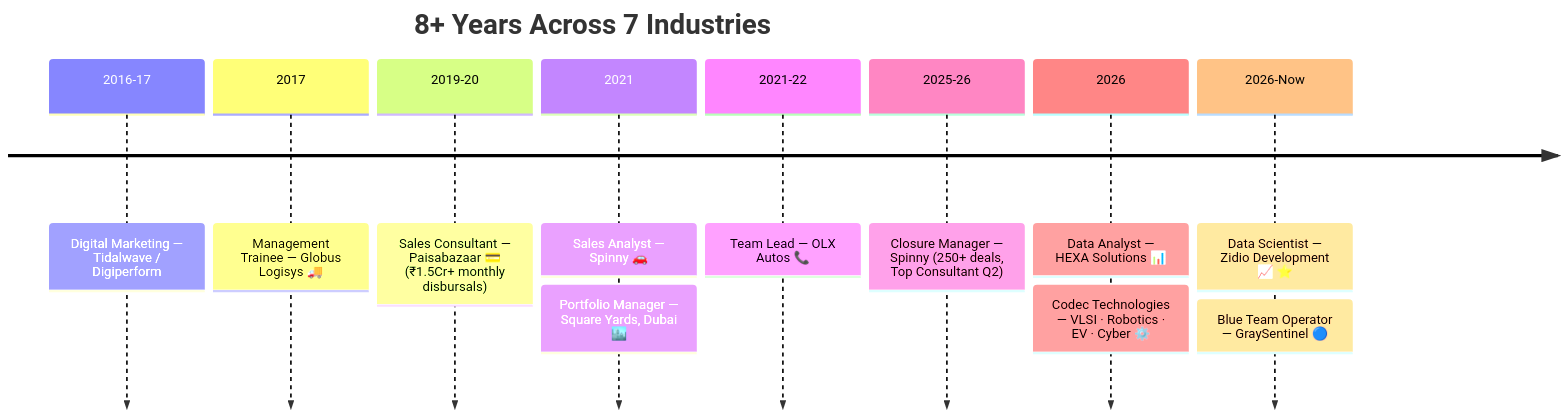
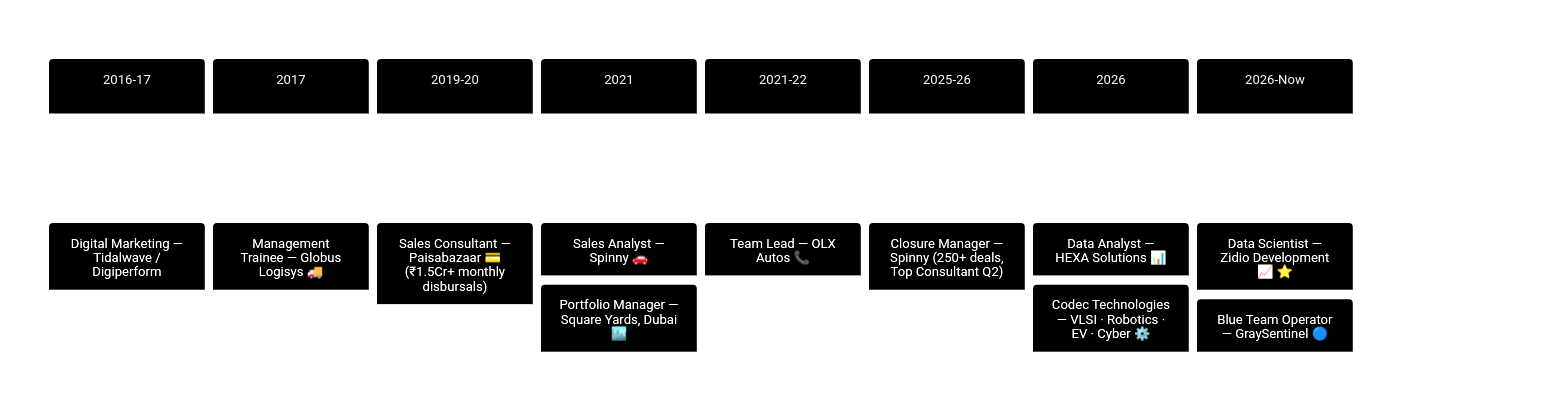
Before and after one commit to Eswar5313/Eswar5313: the diagram in README_Dashboard.md, drawn with Mermaid. The commit also changed other lines of this file, not shown here.

````diff
--- a/README_Dashboard.md
+++ b/README_Dashboard.md
@@ -172,12 +217,13 @@
 ```mermaid
+%%{init: {'theme':'base','themeVariables':{'primaryColor':'#222222','primaryTextColor':'#FFFFFF','primaryBorderColor':'#FFFFFF','lineColor':'#FFFFFF','secondaryColor':'#000000','tertiaryColor':'#1A1A1A','fontFamily':'Georgia, serif'}}}%%
 timeline
     title 8+ Years Across 7 Industries
     2016-17 : Digital Marketing — Tidalwave / Digiperform
     2017 : Management Trainee — Globus Logisys 🚚
     2019-20 : Sales Consultant — Paisabazaar 💳 (₹1.5Cr+ monthly disbursals)
     2021 : Sales Analyst — Spinny 🚗 : Portfolio Manager — Square Yards, Dubai 🏙️
     2021-22 : Team Lead — OLX Autos 📞
     2025-26 : Closure Manager — Spinny (250+ deals, Top Consultant Q2)
     2026 : Data Analyst — HEXA Solutions 📊 : Codec Technologies — VLSI · Robotics · EV · Cyber ⚙️
     2026-Now : Data Scientist — Zidio Development 📈 ⭐ : Blue Team Operator — GraySentinel 🔵
 ```
````
